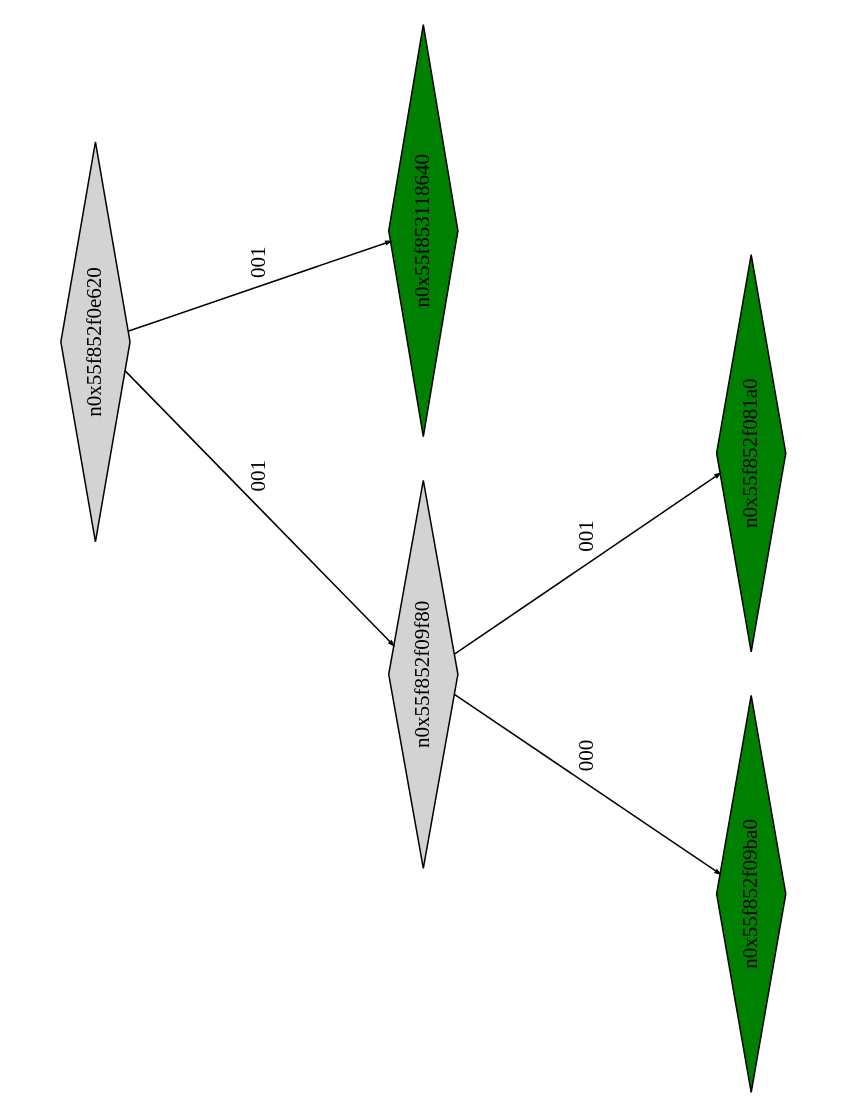
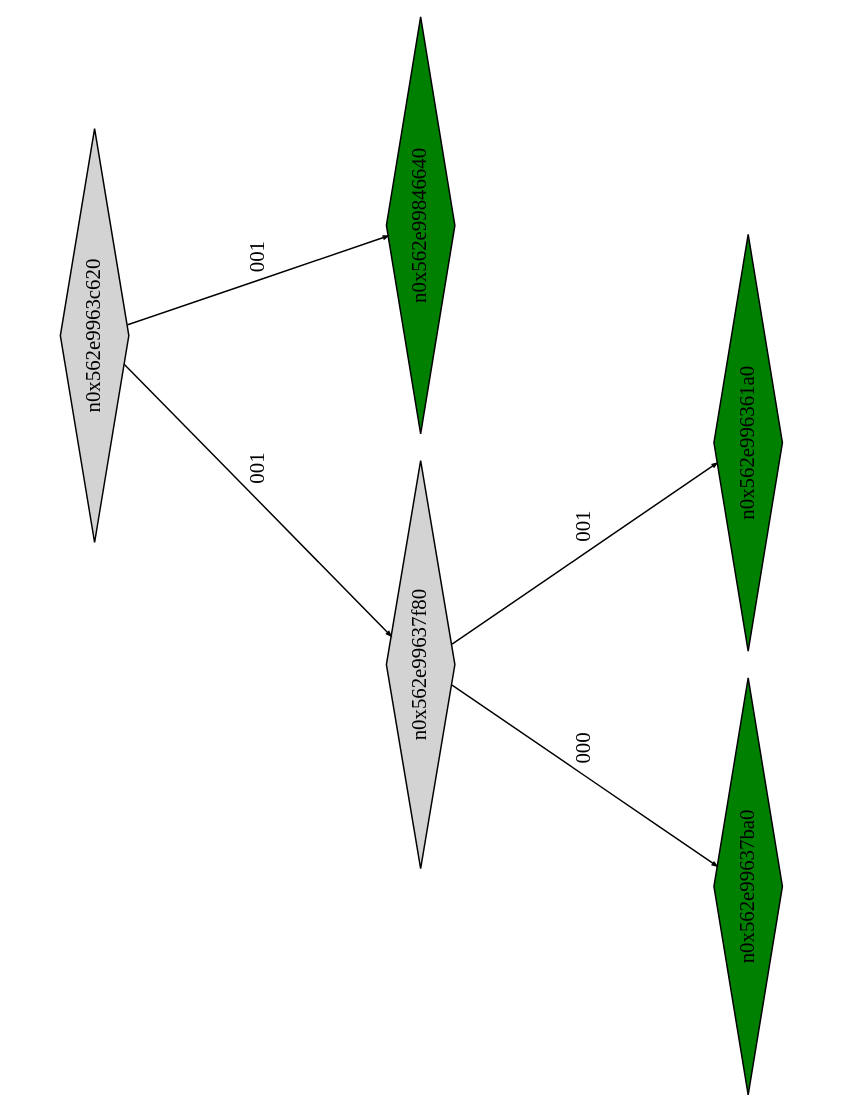
One commit to Research-Tools-PAVT/PSE-Program-Examples changed the diagram in example3_klee_out/ptree_00000268.dot. Above: the diagram before and after it, drawn with Graphviz. The commit also changed 51 other files, not shown here.

```diff
--- a/example3_klee_out/ptree_00000268.dot
+++ b/example3_klee_out/ptree_00000268.dot
@@ -1,17 +1,17 @@
 digraph G {
 	size="10,7.5";
 	ratio=fill;
 	rotate=90;
 	center = "true";
 	node [style="filled",width=.1,height=.1,fontname="Terminus"]
 	edge [arrowsize=.3]
-	n0x55f852f0e620 [shape=diamond];
-	n0x55f852f0e620 -> n0x55f852f09f80 [label=001];
-	n0x55f852f0e620 -> n0x55f853118640 [label=001];
-	n0x55f853118640 [shape=diamond,fillcolor=green];
-	n0x55f852f09f80 [shape=diamond];
-	n0x55f852f09f80 -> n0x55f852f09ba0 [label=000];
-	n0x55f852f09f80 -> n0x55f852f081a0 [label=001];
-	n0x55f852f081a0 [shape=diamond,fillcolor=green];
-	n0x55f852f09ba0 [shape=diamond,fillcolor=green];
+	n0x562e9963c620 [shape=diamond];
+	n0x562e9963c620 -> n0x562e99637f80 [label=001];
+	n0x562e9963c620 -> n0x562e99846640 [label=001];
+	n0x562e99846640 [shape=diamond,fillcolor=green];
+	n0x562e99637f80 [shape=diamond];
+	n0x562e99637f80 -> n0x562e99637ba0 [label=000];
+	n0x562e99637f80 -> n0x562e996361a0 [label=001];
+	n0x562e996361a0 [shape=diamond,fillcolor=green];
+	n0x562e99637ba0 [shape=diamond,fillcolor=green];
 }
```
